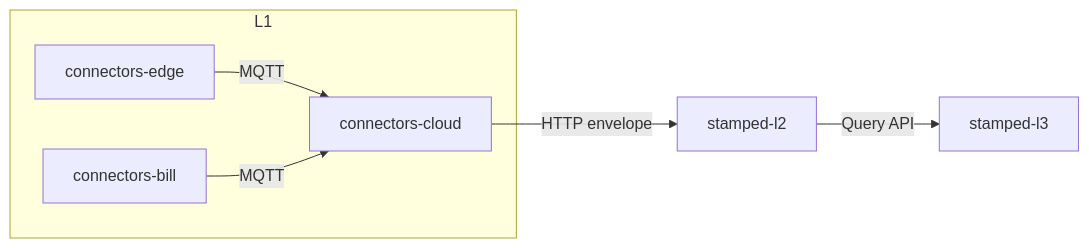
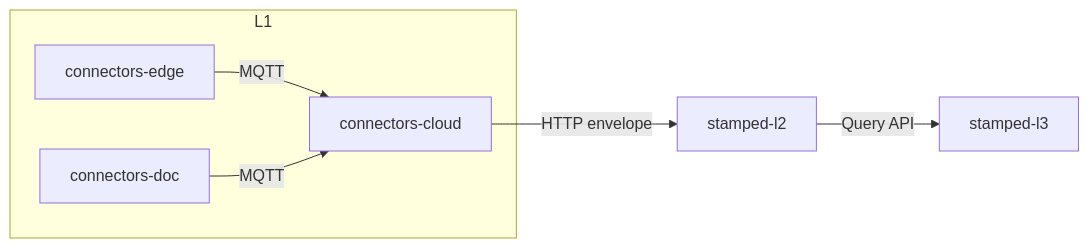
One commit to Stamped-Energy/stamped-external changed the first of 2 diagrams in handoff/l2/core/stamped-l2-spec.md. Above: the diagram before and after it, drawn with Mermaid. The commit also changed other lines of this file and 36 other files, not shown here.

Commit message:
docs(l1): connectors-doc across architecture and handoff

````diff
--- a/handoff/l2/core/stamped-l2-spec.md
+++ b/handoff/l2/core/stamped-l2-spec.md
@@ -67,15 +67,15 @@
 ```mermaid
 flowchart LR
   subgraph L1 [L1]
     Edge[connectors-edge]
-    Bill[connectors-bill]
+    Bill[connectors-doc]
     Cloud[connectors-cloud]
   end
   L2[stamped-l2]
   L3[stamped-l3]
 
   Edge -->|MQTT| Cloud
   Bill -->|MQTT| Cloud
   Cloud -->|HTTP envelope| L2
   L2 -->|Query API| L3
 ```
````
